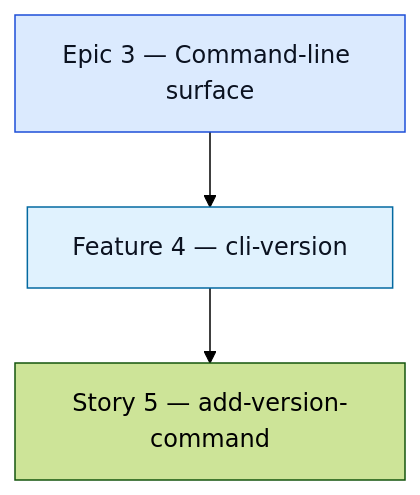
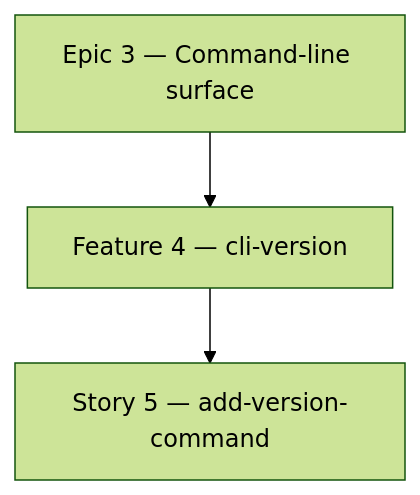
Before and after one commit to dbugmann-labs/atlas: the diagram in docs/graph.mmd, drawn with Mermaid (forest theme). The commit also changed 7 other files, not shown here.

```diff
--- a/docs/graph.mmd
+++ b/docs/graph.mmd
@@ -1,22 +1,24 @@
 %% GENERATED FILE — do not edit. Run `pnpm run graph` to refresh.
 %% A read-only projection of the Epic → Feature → Story hierarchy in GitHub Issues.
 %% GitHub owns this state; this file only shows it (docs/adr/0002-systems-of-record.md).
-%% A dashed red border means the issue is typed but has no parent — a broken tracker edge.
+%% Green border: closed. Amber border: every child is closed, so this one is ready to close.
+%% Dashed red border: typed but no parent — a broken tracker edge.
 
 flowchart TD
   classDef epic fill:#dbeafe,stroke:#1d4ed8,color:#0b1220
   classDef feature fill:#e0f2fe,stroke:#0369a1,color:#0b1220
   classDef story fill:#f1f5f9,stroke:#475569,color:#0b1220
   classDef done stroke:#15803d,stroke-width:2px
+  classDef settled stroke:#b45309,stroke-width:2px
   classDef orphan stroke:#b91c1c,stroke-width:3px,stroke-dasharray:4 3
 
   I3["Epic 3 — Command-line surface"]
   I4["Feature 4 — cli-version"]
   I5["Story 5 — add-version-command"]
 
   I3 --> I4
   I4 --> I5
 
-  class I3 epic
-  class I4 feature
+  class I3 epic,done
+  class I4 feature,done
   class I5 story,done
```
